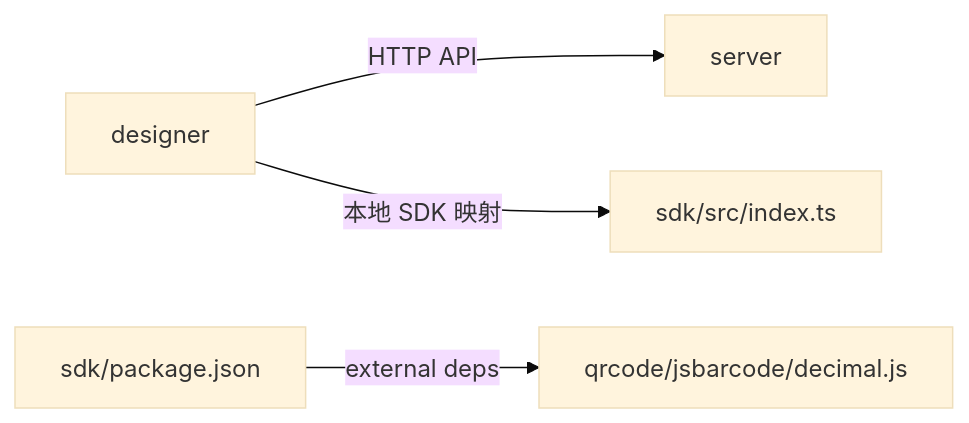
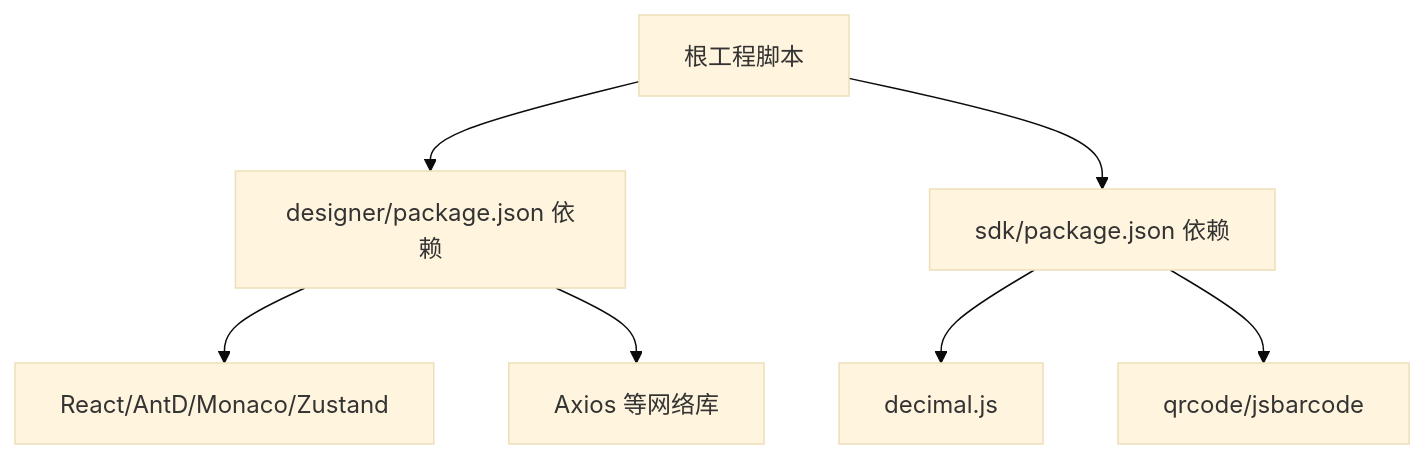
Before and after one commit to joker-yjc/printer: the seventh of 7 diagrams in .qoder/repowiki/zh/content/快速开始.md, drawn with Mermaid (base theme). The commit also changed other lines of this file and 86 other files, not shown here.

````diff
--- a/.qoder/repowiki/zh/content/快速开始.md
+++ b/.qoder/repowiki/zh/content/快速开始.md
@@ -238,6 +253,9 @@
 ```mermaid
-graph LR
-Designer["designer"] -- "HTTP API" --> Server["server"]
-Designer -- "本地 SDK 映射" --> SDKSrc["sdk/src/index.ts"]
-SDKPkg["sdk/package.json"] -- "external deps" --> Deps["qrcode/jsbarcode/decimal.js"]
+graph TB
+Root["根工程脚本"] --> DsgPkg["designer/package.json 依赖"]
+Root --> SdkPkg["sdk/package.json 依赖"]
+DsgPkg --> React["React/AntD/Monaco/Zustand"]
+DsgPkg --> Net["Axios 等网络库"]
+SdkPkg --> Dec["decimal.js"]
+SdkPkg --> QR["qrcode/jsbarcode"]
 ```
````
